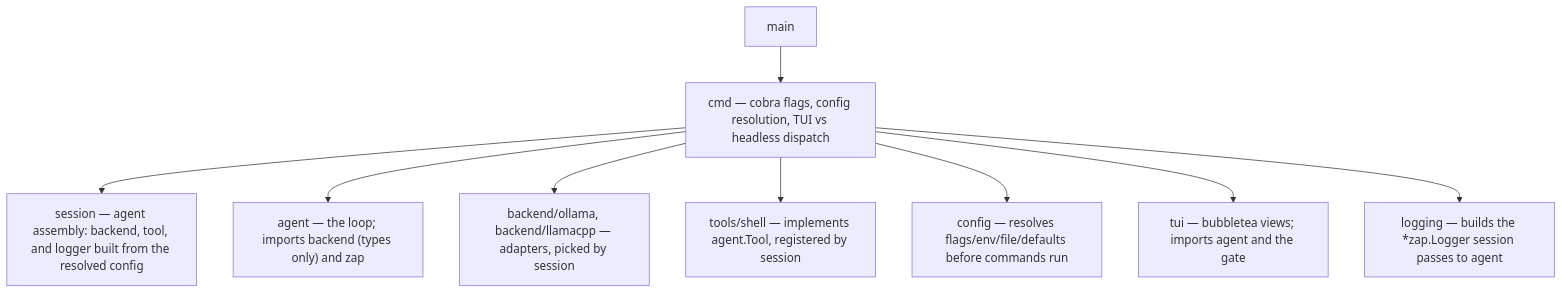
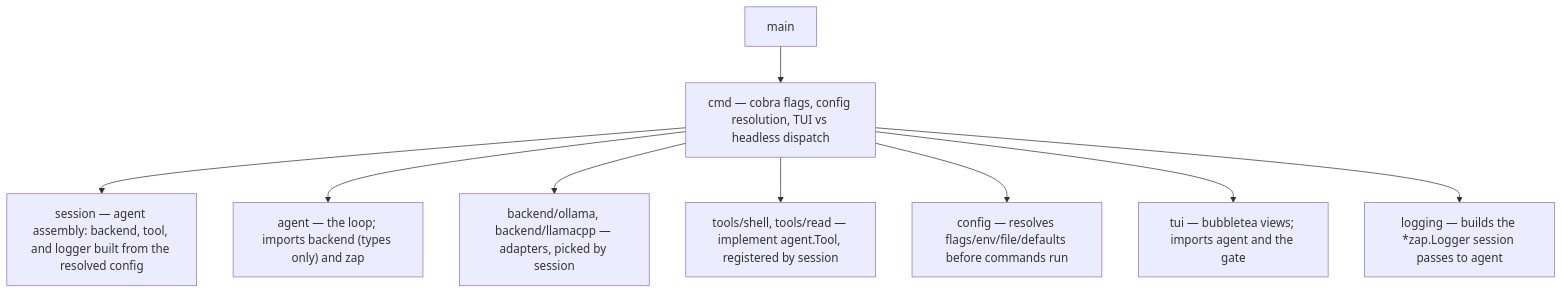
One commit to ottenwbe/go-reins changed the second of 2 diagrams in README.md. Above: the diagram before and after it, drawn with Mermaid. The commit also changed other lines of this file and 10 other files, not shown here.

First line of the commit message:
feat: read tool, risk-tiered approvals, and live tool status in chat (#6)

````diff
--- a/README.md
+++ b/README.md
@@ -150,11 +161,11 @@
 ```mermaid
 flowchart TD
     main["main"] --> cmd["cmd — cobra flags, config resolution, TUI vs headless dispatch"]
     cmd --> session["session — agent assembly: backend, tool, and logger built from the resolved config"]
     cmd --> agent["agent — the loop; imports backend (types only) and zap"]
     cmd --> backends["backend/ollama, backend/llamacpp — adapters, picked by session"]
-    cmd --> shell["tools/shell — implements agent.Tool, registered by session"]
+    cmd --> tools["tools/shell, tools/read — implement agent.Tool, registered by session"]
     cmd --> config["config — resolves flags/env/file/defaults before commands run"]
     cmd --> tui["tui — bubbletea views; imports agent and the gate"]
     cmd --> logging["logging — builds the *zap.Logger session passes to agent"]
 ```
````
